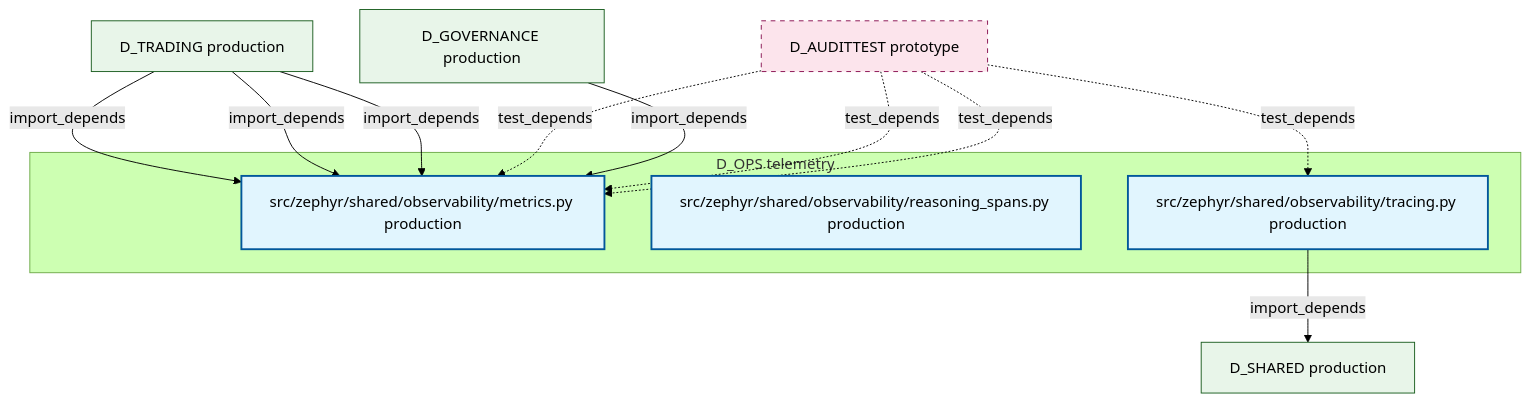
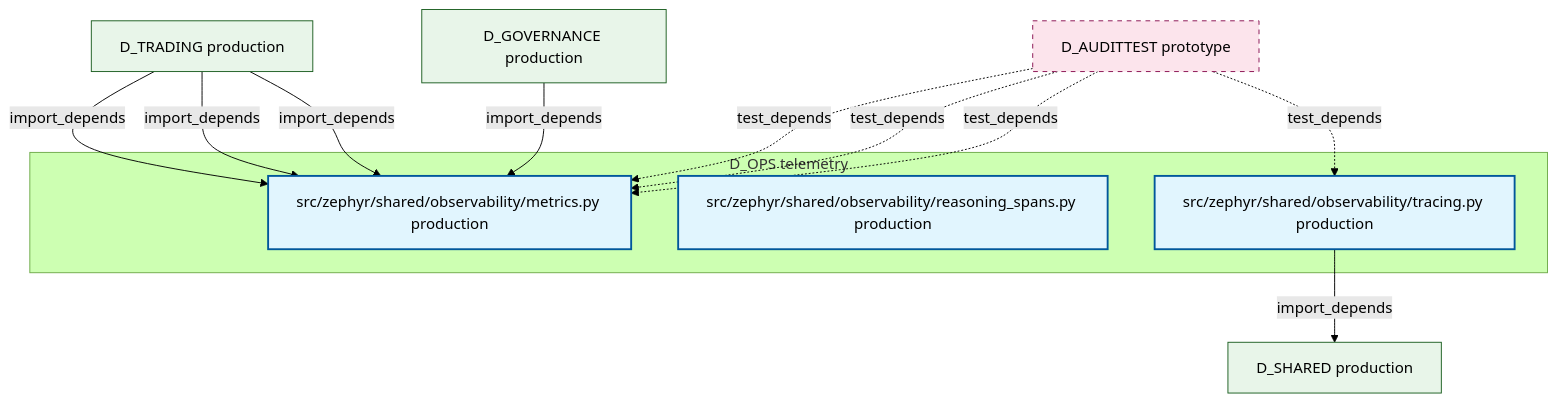
Before and after one commit to xuanFelixVan/ZephyrAlpha: the diagram in docs/02_enterprise_architecture/02_domain_architecture_docs/15_d_ops.md, drawn with Mermaid (forest theme). The commit also changed other lines of this file and 100 other files, not shown here.

````diff
--- a/docs/02_enterprise_architecture/02_domain_architecture_docs/15_d_ops.md
+++ b/docs/02_enterprise_architecture/02_domain_architecture_docs/15_d_ops.md
@@ -47,28 +47,28 @@
 ```mermaid
 graph TD
     subgraph D_OPS["D_OPS telemetry"]
         src_zephyr_shared_observability_metrics_py["src/zephyr/shared/observability/metrics.py production"]
         src_zephyr_shared_observability_reasoning_spans_py["src/zephyr/shared/observability/reasoning_spans.py production"]
         src_zephyr_shared_observability_tracing_py["src/zephyr/shared/observability/tracing.py production"]
     end
     D_SHARED["D_SHARED production"]
     src_zephyr_shared_observability_tracing_py -->|import_depends| D_SHARED
     D_AUDITTEST["D_AUDITTEST prototype"]
-    D_AUDITTEST -.->|test_depends| src_zephyr_shared_observability_metrics_py
+    D_AUDITTEST -.->|test_depends| src_zephyr_shared_observability_tracing_py
     D_AUDITTEST -.->|test_depends| src_zephyr_shared_observability_metrics_py
     D_GOVERNANCE["D_GOVERNANCE production"]
     D_GOVERNANCE -->|import_depends| src_zephyr_shared_observability_metrics_py
+    D_AUDITTEST -.->|test_depends| src_zephyr_shared_observability_metrics_py
     D_AUDITTEST -.->|test_depends| src_zephyr_shared_observability_metrics_py
     D_TRADING["D_TRADING production"]
     D_TRADING -->|import_depends| src_zephyr_shared_observability_metrics_py
     D_TRADING -->|import_depends| src_zephyr_shared_observability_metrics_py
     D_TRADING -->|import_depends| src_zephyr_shared_observability_metrics_py
-    D_AUDITTEST -.->|test_depends| src_zephyr_shared_observability_tracing_py
     classDef production fill:#e1f5fe,stroke:#01579b,stroke-width:2px,color:#000
     classDef design fill:#fff3e0,stroke:#e65100,stroke-width:2px,color:#000,stroke-dasharray: 5 5
     classDef external_prod fill:#e8f5e9,stroke:#1b5e20,stroke-width:1px,color:#000
     classDef external_design fill:#fce4ec,stroke:#880e4f,stroke-width:1px,color:#000,stroke-dasharray: 5 5
     class src_zephyr_shared_observability_metrics_py,src_zephyr_shared_observability_reasoning_spans_py,src_zephyr_shared_observability_tracing_py production
     class D_SHARED,D_GOVERNANCE,D_TRADING external_prod
     class D_AUDITTEST external_design
 ```
````
